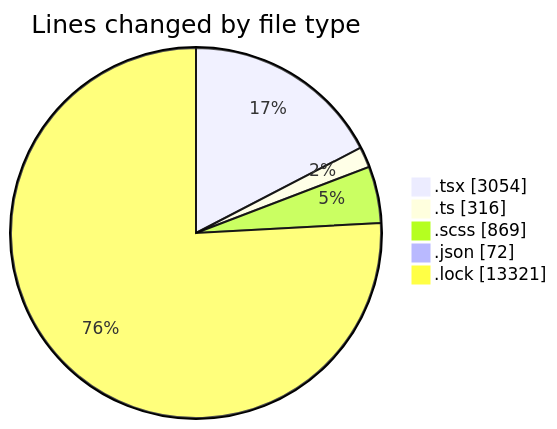
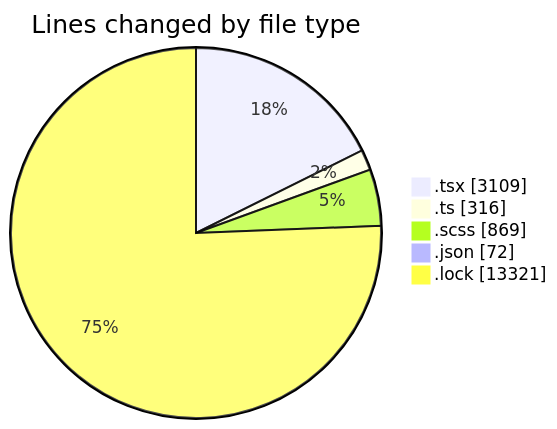
One commit to momahboobian/code-tracking changed the first of 2 diagrams in 2025-02-12/cda/README.md. Above: the diagram before and after it, drawn with Mermaid. The commit also changed other lines of this file and 1 other file, not shown here.

````diff
--- a/2025-02-12/cda/README.md
+++ b/2025-02-12/cda/README.md
@@ -35,9 +38,9 @@
 ```mermaid
 pie showData
 title Lines changed by file type
-".tsx" : 3054
+".tsx" : 3109
 ".ts" : 316
 ".scss" : 869
 ".json" : 72
 ".lock" : 13321
 ```
````
